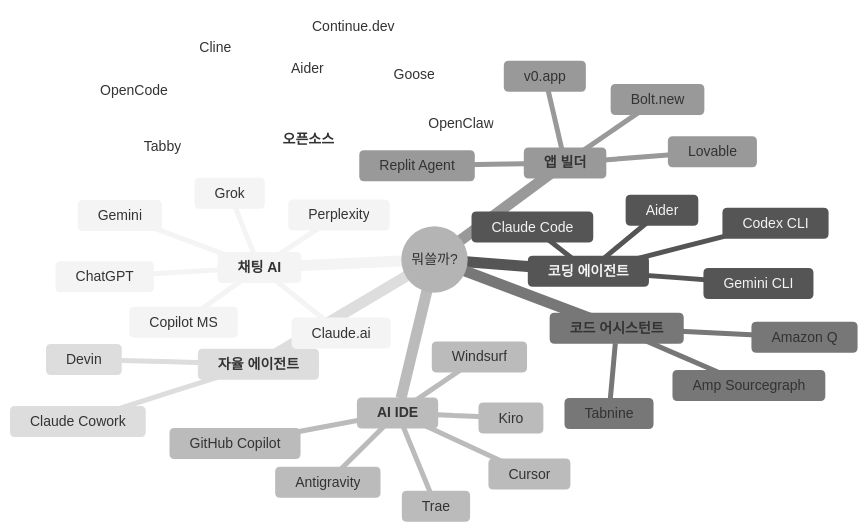
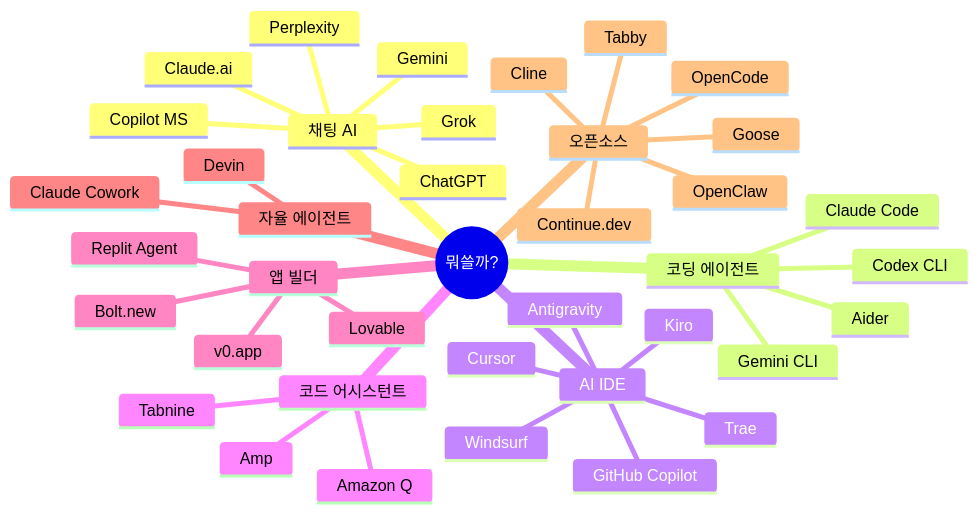
One commit to stophobia/ai-whatchelin changed the second of 13 diagrams in README.md. Above: the diagram before and after it, drawn with Mermaid. The commit also changed other lines of this file, not shown here.

````diff
--- a/README.md
+++ b/README.md
@@ -17,44 +46,43 @@
 ```mermaid
-%%{init: {'theme': 'neutral', 'themeVariables': {'fontSize': '14px'}}}%%
+%%{init: {'theme': 'default'}}%%
 mindmap
   root((뭐쓸까?))
-    **채팅 AI**
+    채팅 AI
       ChatGPT
       Claude.ai
       Gemini
       Copilot MS
       Grok
       Perplexity
-    **코딩 에이전트**
+    코딩 에이전트
       Claude Code
       Codex CLI
       Gemini CLI
       Aider
-    **AI IDE**
+    AI IDE
       Cursor
       Windsurf
       Antigravity
       Kiro
       Trae
       GitHub Copilot
-    **코드 어시스턴트**
-      Amp Sourcegraph
+    코드 어시스턴트
+      Amp
       Tabnine
       Amazon Q
-    **앱 빌더**
+    앱 빌더
       Bolt.new
       v0.app
       Lovable
       Replit Agent
-    **자율 에이전트**
+    자율 에이전트
       Claude Cowork
       Devin
-    **오픈소스**
+    오픈소스
       OpenClaw
       OpenCode
       Cline
-      Aider
       Tabby
       Continue.dev
       Goose
 ```
````
